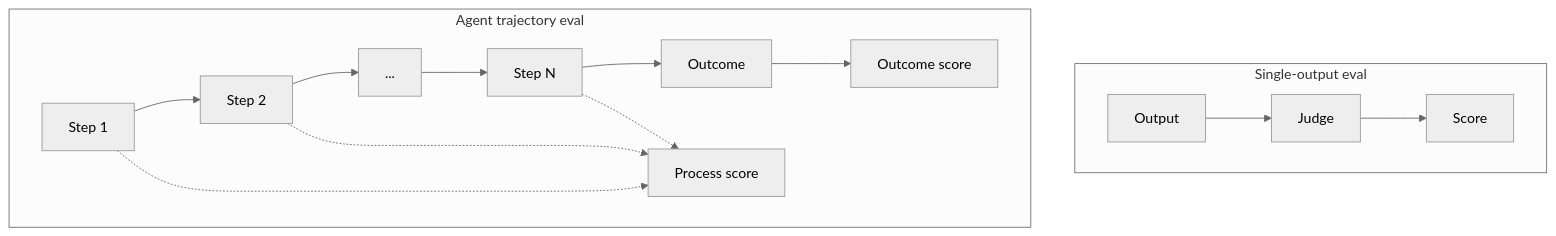
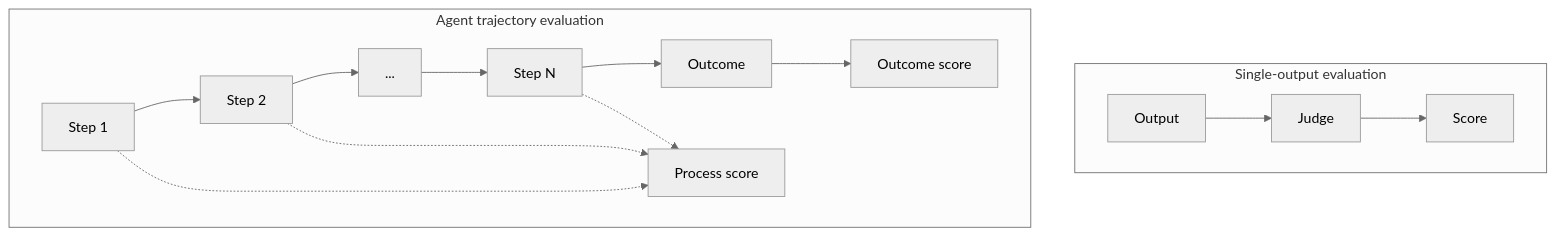
Before and after one commit to kaybenleroll/ai_assisted_research: the sixth of 6 diagrams in primer_evaluation_loop/primer_evaluation_loop.md, drawn with Mermaid (neutral theme). The commit also changed other lines of this file and 6 other files, not shown here.

````diff
--- a/primer_evaluation_loop/primer_evaluation_loop.md
+++ b/primer_evaluation_loop/primer_evaluation_loop.md
@@ -682,12 +710,12 @@
 ```{.mermaid caption="Single-output evaluation scores one response; agent evaluation must score a multi-step trajectory and assign credit across it."}
 graph TB
-    subgraph Single["Single-output eval"]
+    subgraph Single["Single-output evaluation"]
         out[Output] --> judge[Judge] --> sc1[Score]
     end
-    subgraph Agent["Agent trajectory eval"]
+    subgraph Agent["Agent trajectory evaluation"]
         s1[Step 1] --> s2[Step 2] --> s3["..."] --> sN[Step N] --> outcome[Outcome] --> sc2[Outcome score]
         s1 -.-> proc[Process score]
         s2 -.-> proc
         sN -.-> proc
     end
 ```
````
